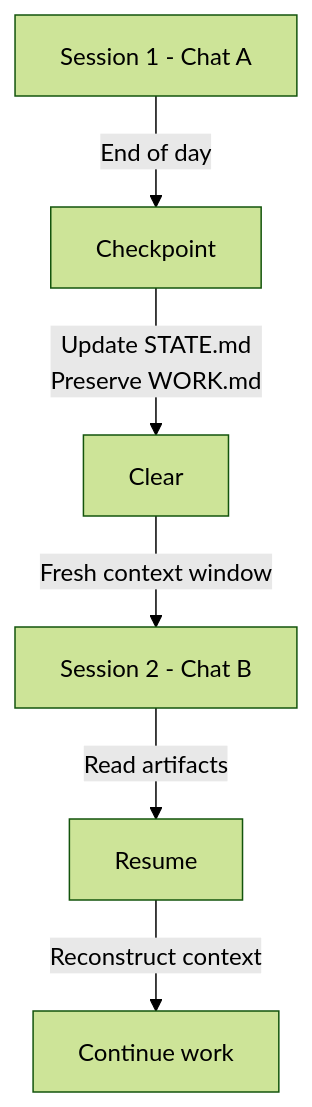
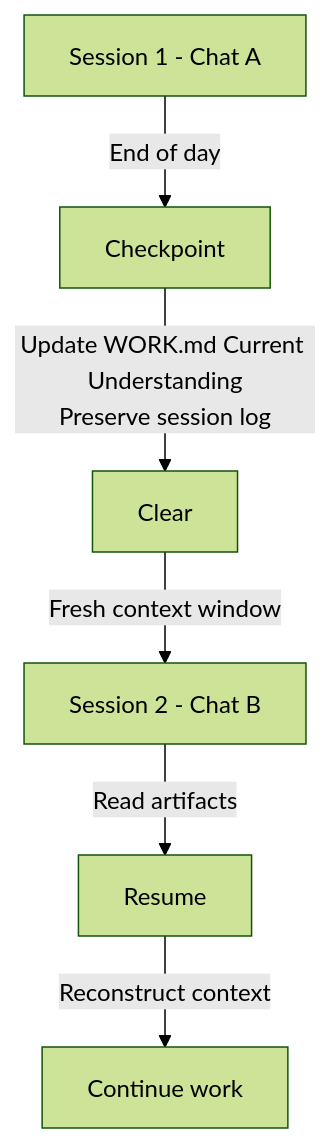
One commit to luutuankiet/learn_gsd changed the first of 2 diagrams in src/gsd_lite/template/workflows/checkpoint.md. Above: the diagram before and after it, drawn with Mermaid (forest theme). The commit also changed other lines of this file and 1 other file, not shown here.

First line of the commit message:
refactor(01.7-02): update execution and checkpoint with pair programming philosophy

````diff
--- a/src/gsd_lite/template/workflows/checkpoint.md
+++ b/src/gsd_lite/template/workflows/checkpoint.md
@@ -100,8 +100,8 @@
 ```mermaid
 graph TD
   Session1[Session 1 - Chat A] -->|End of day| Checkpoint[Checkpoint]
-  Checkpoint -->|Update STATE.md<br/>Preserve WORK.md| Clear[Clear]
+  Checkpoint -->|Update WORK.md Current Understanding<br/>Preserve session log| Clear[Clear]
   Clear -->|Fresh context window| Session2[Session 2 - Chat B]
   Session2 -->|Read artifacts| Resume[Resume]
   Resume -->|Reconstruct context| Continue[Continue work]
 ```
````
